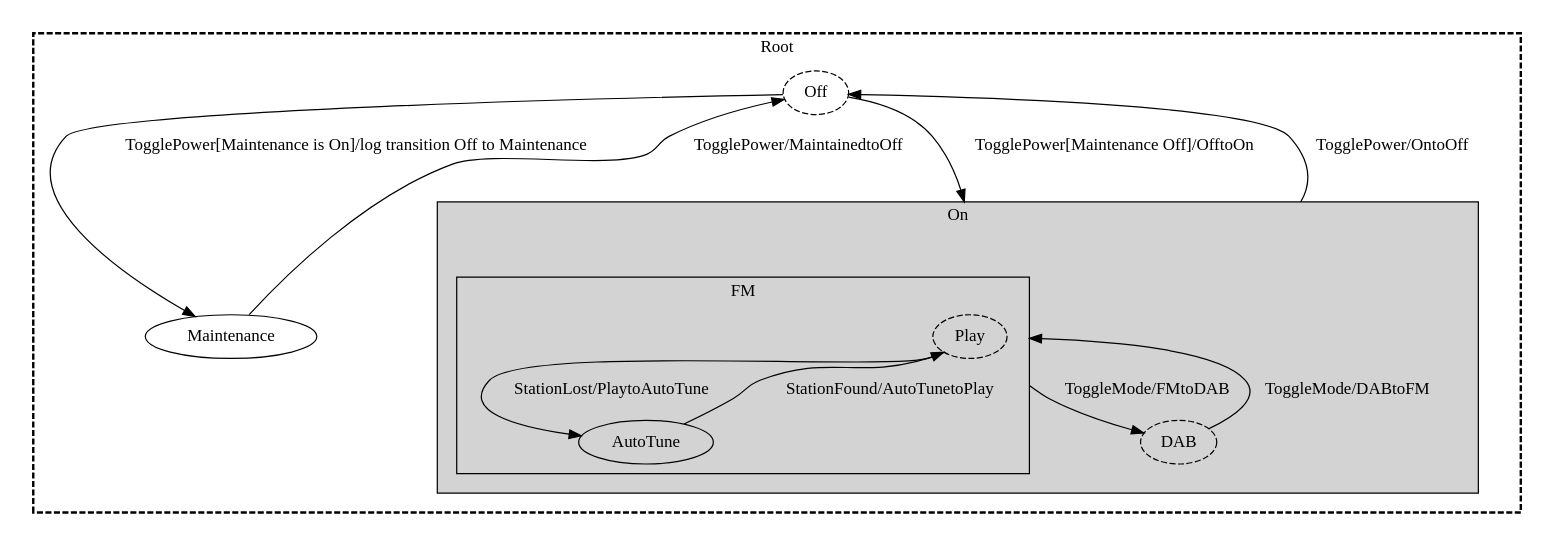
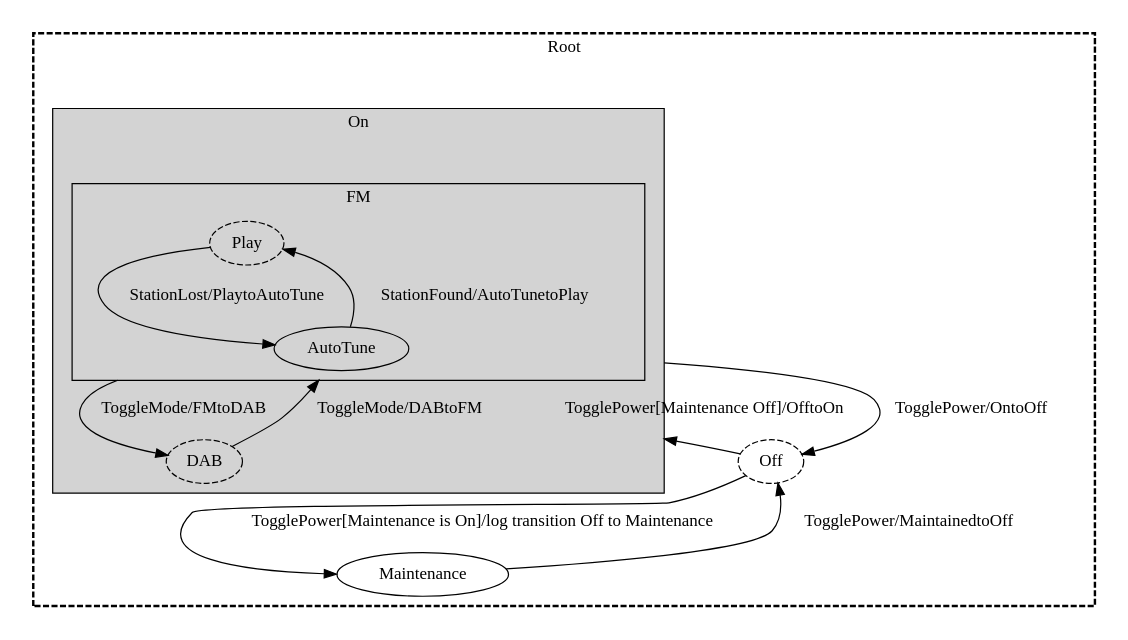
One commit to tangly-team/tangly-os changed the diagram in net.tangly.fsm/src/site/pics/fsm-bbv.dot. Above: the diagram before and after it, drawn with Graphviz. The commit also changed 2 other files, not shown here.

```diff
--- a/net.tangly.fsm/src/site/pics/fsm-bbv.dot
+++ b/net.tangly.fsm/src/site/pics/fsm-bbv.dot
@@ -1,69 +1,69 @@
 digraph G {
   compound=true;
 
   subgraph cluster1000 {
     style=invis;
     subgraph cluster0 {
       style="visible, dashed, bold";
       label = "Root"
       Off [style="dashed"];
       Maintenance [];
       subgraph cluster1003 {
         style=invis;
         subgraph cluster3 {
           style="visible, filled";
           label = "On"
           subgraph cluster1004 {
             style=invis;
             subgraph cluster4 {
               style="visible, filled";
               label = "FM"
               Play [style="dashed, filled"];
               AutoTune [];
             }
           }
           DAB [style="dashed"];
         }
       }
     }
   }
   Off [style="dashed"];
   Maintenance [];
   subgraph cluster1003 {
     style=invis;
     subgraph cluster3 {
       style="visible, filled";
       label = "On"
       subgraph cluster1004 {
         style=invis;
         subgraph cluster4 {
           style="visible, filled";
           label = "FM"
           Play [style="dashed, filled"];
           AutoTune [];
         }
       }
       DAB [style="dashed"];
     }
   }
   subgraph cluster1004 {
     style=invis;
     subgraph cluster4 {
       style="visible, filled";
       label = "FM"
       Play [style="dashed, filled"];
       AutoTune [];
     }
   }
   DAB [style="dashed"];
   Play [style="dashed, filled"];
   AutoTune [];
   Off -> Maintenance [label="TogglePower[Maintenance is On]/log transition Off to Maintenance"];
-  Off -> Play [lhead=cluster3, label="TogglePower[Maintenance Off]/OfftoOn"];
+  Off -> AutoTune [lhead=cluster3, label="TogglePower[Maintenance Off]/OfftoOn"];
   Maintenance -> Off [label="TogglePower/MaintainedtoOff"];
-  Play -> Off [ltail=cluster3, label="TogglePower/OntoOff"];
-  Play -> DAB [ltail=cluster4, label="ToggleMode/FMtoDAB"];
-  DAB -> Play [lhead=cluster4, label="ToggleMode/DABtoFM"];
+  AutoTune -> Off [ltail=cluster3, label="TogglePower/OntoOff"];
+  AutoTune -> DAB [ltail=cluster4, label="ToggleMode/FMtoDAB"];
+  DAB -> AutoTune [lhead=cluster4, label="ToggleMode/DABtoFM"];
   Play -> AutoTune [label="StationLost/PlaytoAutoTune"];
   AutoTune -> Play [label="StationFound/AutoTunetoPlay"];
 }
```
